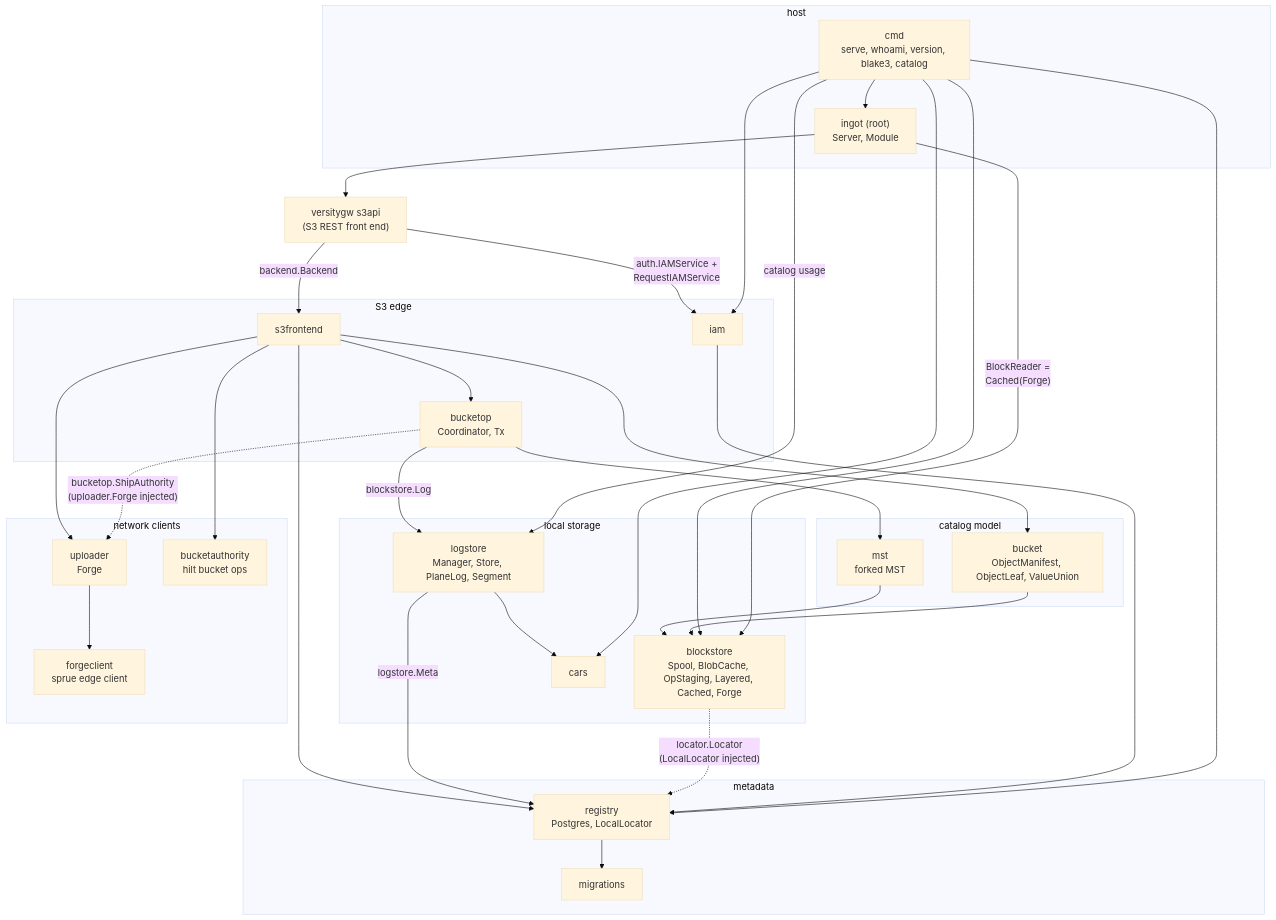
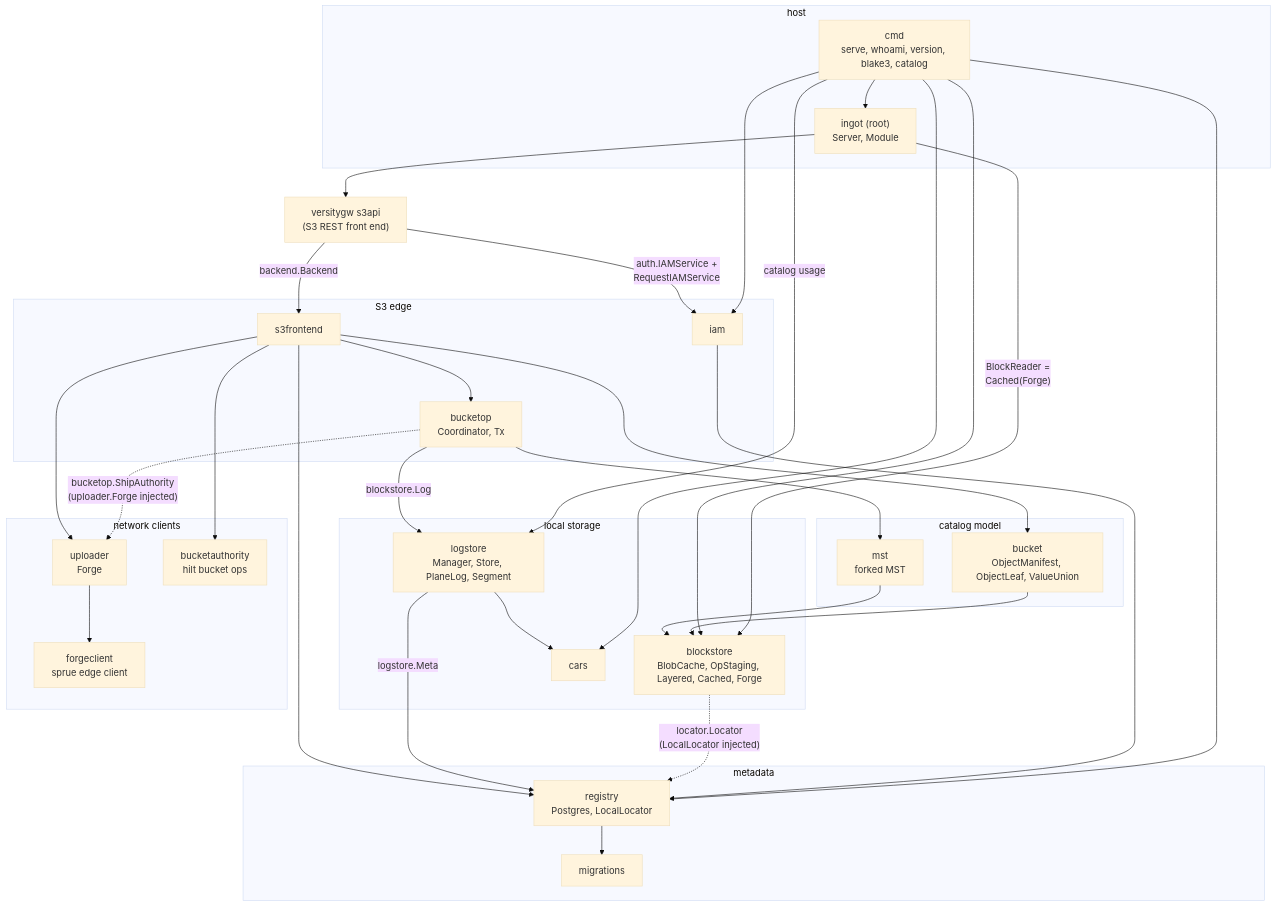
One commit to fil-forge/ingot changed the second of 15 diagrams in docs/diagrams.md. Above: the diagram before and after it, drawn with Mermaid (base theme). The commit also changed other lines of this file and 84 other files, not shown here.

First line of the commit message:
refactor: stream every object blob and remove the spool (#346)

````diff
--- a/docs/diagrams.md
+++ b/docs/diagrams.md
@@ -93,64 +93,64 @@
 ```mermaid
 flowchart TB
     vgw["versitygw s3api<br/>(S3 REST front end)"]
 
     subgraph edge["S3 edge"]
         s3f["s3frontend"]
         iam["iam"]
         bop["bucketop<br/>Coordinator, Tx"]
     end
 
     subgraph model["catalog model"]
         bkt["bucket<br/>ObjectManifest, ObjectLeaf, ValueUnion"]
         mst["mst<br/>forked MST"]
     end
 
     subgraph store["local storage"]
-        bs["blockstore<br/>Spool, BlobCache, OpStaging, Layered, Cached, Forge"]
+        bs["blockstore<br/>BlobCache, OpStaging, Layered, Cached, Forge"]
         ls["logstore<br/>Manager, Store, PlaneLog, Segment"]
         cars["cars"]
     end
 
     subgraph meta["metadata"]
         reg["registry<br/>Postgres, LocalLocator"]
         mig["migrations"]
     end
 
     subgraph net["network clients"]
         up["uploader<br/>Forge"]
         fc["forgeclient<br/>sprue edge client"]
         ba["bucketauthority<br/>hilt bucket ops"]
     end
 
     subgraph host["host"]
         root["ingot (root)<br/>Server, Module"]
         cmd["cmd<br/>serve, whoami, version, blake3, catalog"]
     end
 
     vgw -->|"backend.Backend"| s3f
     vgw -->|"auth.IAMService +<br/>RequestIAMService"| iam
     s3f --> bop
     s3f --> bkt
     s3f --> reg
     s3f --> up
     s3f --> ba
     bop -->|"blockstore.Log"| ls
     bop -.->|"bucketop.ShipAuthority<br/>(uploader.Forge injected)"| up
     bop --> mst
     mst --> bs
     bkt --> bs
     ls --> cars
     ls -->|"logstore.Meta"| reg
     bs -.->|"locator.Locator<br/>(LocalLocator injected)"| reg
     up --> fc
     iam --> reg
     reg --> mig
     cmd --> root
     cmd -->|"catalog usage"| ls
     cmd --> reg
     cmd --> iam
     cmd --> bs
     cmd --> cars
     root --> vgw
     root -->|"BlockReader =<br/>Cached(Forge)"| bs
 ```
````
